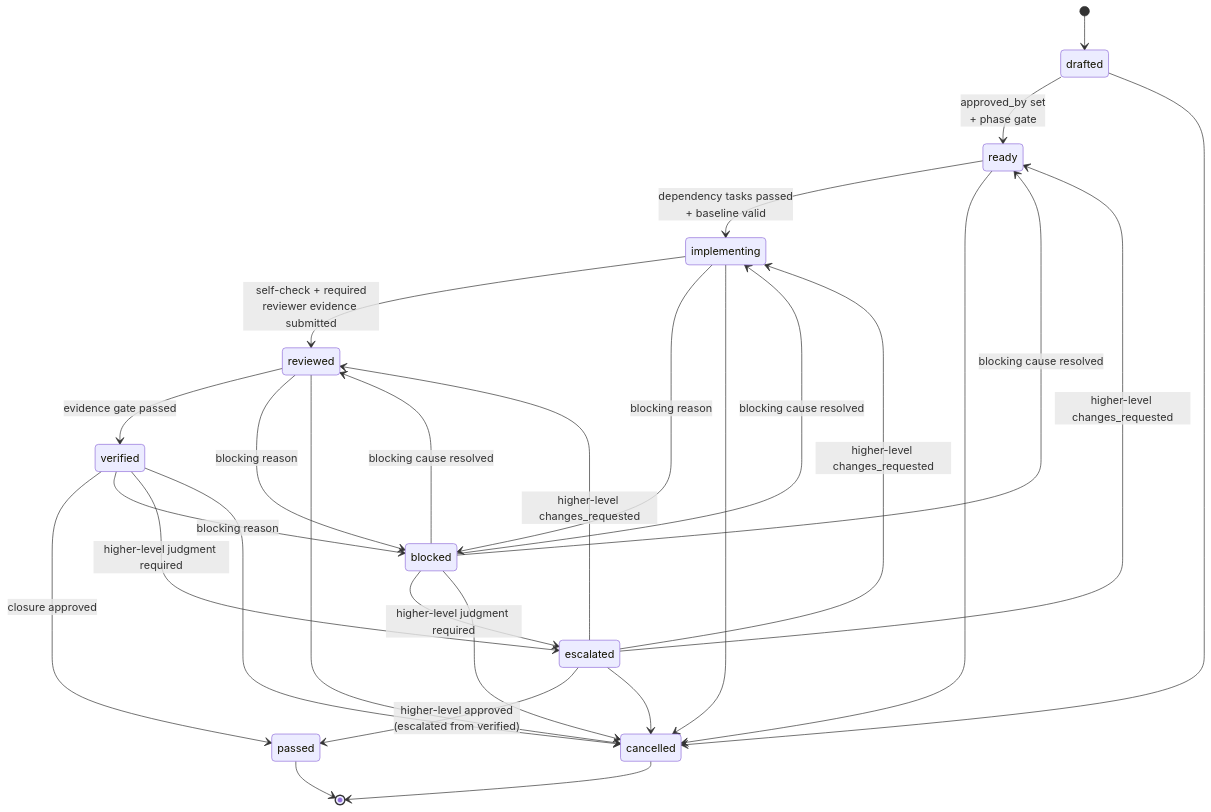
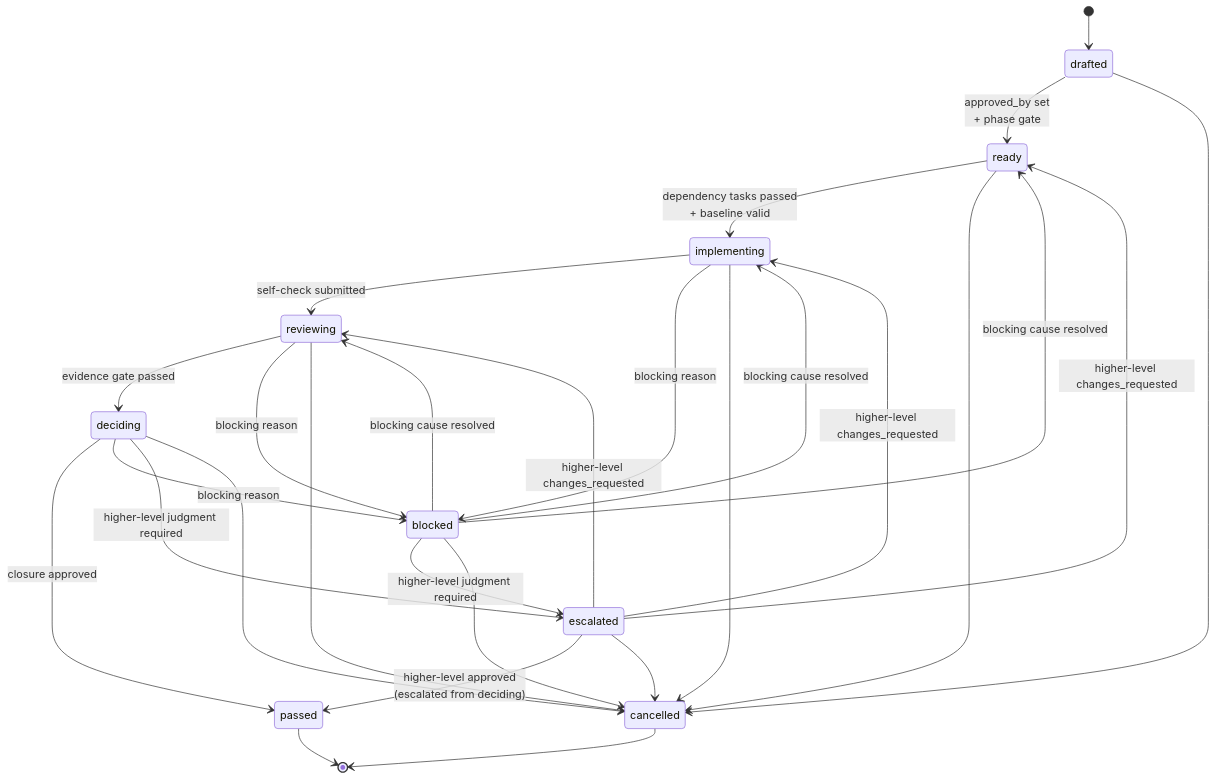
One commit to choam2426/geas changed the third of 6 diagrams in docs/DIAGRAMS.md. Above: the diagram before and after it, drawn with Mermaid. The commit also changed other lines of this file and 44 other files, not shown here.

````diff
--- a/docs/DIAGRAMS.md
+++ b/docs/DIAGRAMS.md
@@ -92,34 +92,34 @@
 ```mermaid
 stateDiagram-v2
     [*] --> drafted
     drafted --> ready: approved_by set<br/>+ phase gate
     ready --> implementing: dependency tasks passed<br/>+ baseline valid
-    implementing --> reviewed: self-check + required<br/>reviewer evidence submitted
-    reviewed --> verified: evidence gate passed
-    verified --> passed: closure approved
+    implementing --> reviewing: self-check submitted
+    reviewing --> deciding: evidence gate passed
+    deciding --> passed: closure approved
 
     implementing --> blocked: blocking reason
-    reviewed --> blocked: blocking reason
-    verified --> blocked: blocking reason
+    reviewing --> blocked: blocking reason
+    deciding --> blocked: blocking reason
     blocked --> ready: blocking cause resolved
     blocked --> implementing: blocking cause resolved
-    blocked --> reviewed: blocking cause resolved
+    blocked --> reviewing: blocking cause resolved
 
     blocked --> escalated: higher-level judgment required
-    verified --> escalated: higher-level judgment required
-    escalated --> passed: higher-level approved<br/>(escalated from verified)
+    deciding --> escalated: higher-level judgment required
+    escalated --> passed: higher-level approved<br/>(escalated from deciding)
     escalated --> ready: higher-level changes_requested
     escalated --> implementing: higher-level changes_requested
-    escalated --> reviewed: higher-level changes_requested
+    escalated --> reviewing: higher-level changes_requested
 
     drafted --> cancelled
     ready --> cancelled
     implementing --> cancelled
-    reviewed --> cancelled
-    verified --> cancelled
+    reviewing --> cancelled
+    deciding --> cancelled
     blocked --> cancelled
     escalated --> cancelled
 
     passed --> [*]
     cancelled --> [*]
 ```
````
